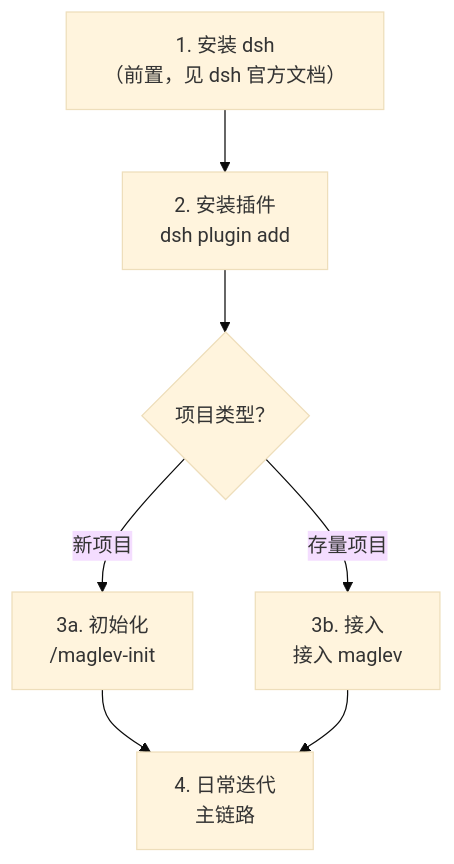
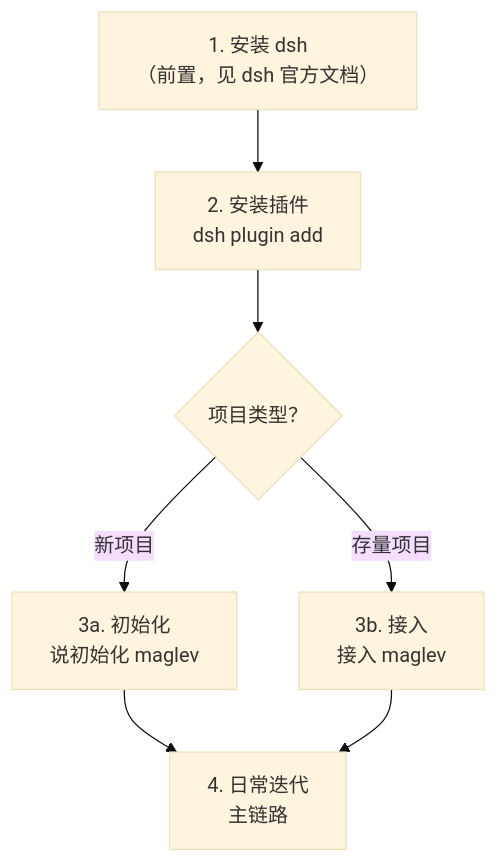
The first of 2 diagrams in docs/usage.md (Idea-Maglev/maglev-for-dsh), drawn with Mermaid (base theme) before and after one commit. The commit also changed other lines of this file, not shown here.

````diff
--- a/docs/usage.md
+++ b/docs/usage.md
@@ -7,9 +9,9 @@
 ```mermaid
 flowchart TD
     A["1. 安装 dsh<br/>（前置，见 dsh 官方文档）"] --> B["2. 安装插件<br/>dsh plugin add"]
     B --> C{"项目类型？"}
-    C -->|"新项目"| D["3a. 初始化<br/>/maglev-init"]
+    C -->|"新项目"| D["3a. 初始化<br/>说"初始化 maglev""]
     C -->|"存量项目"| E["3b. 接入<br/>接入 maglev"]
     D --> F["4. 日常迭代<br/>主链路"]
     E --> F
 ```
````
